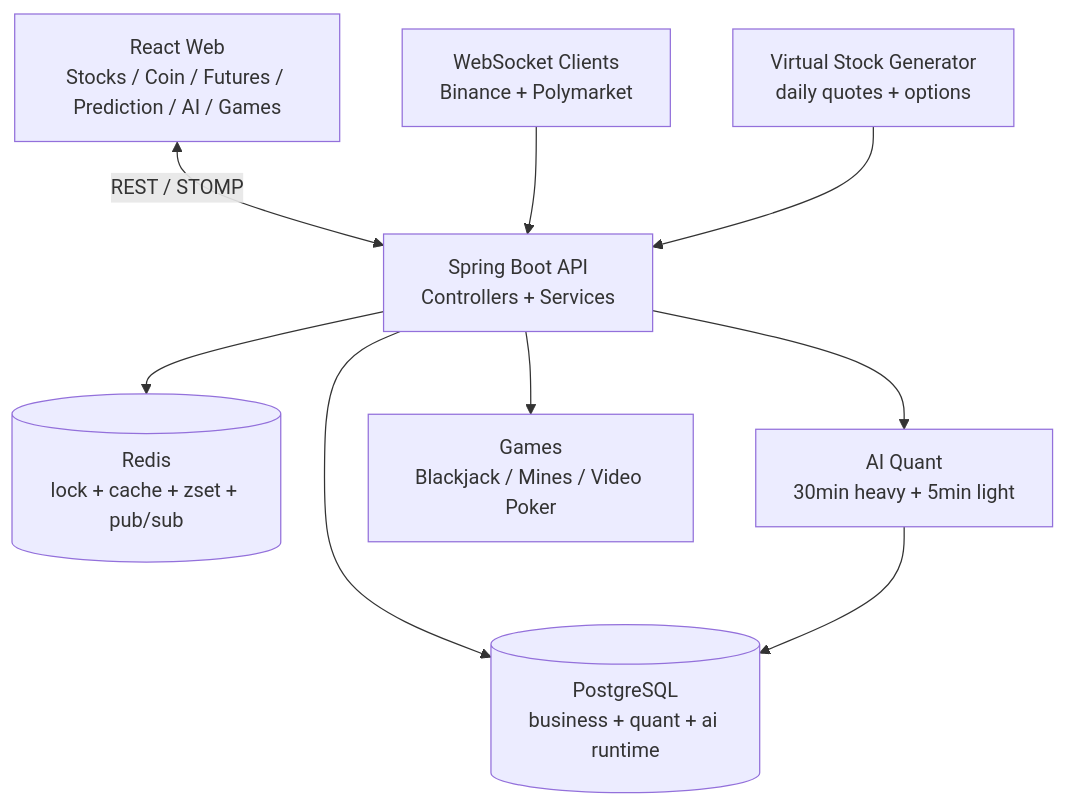
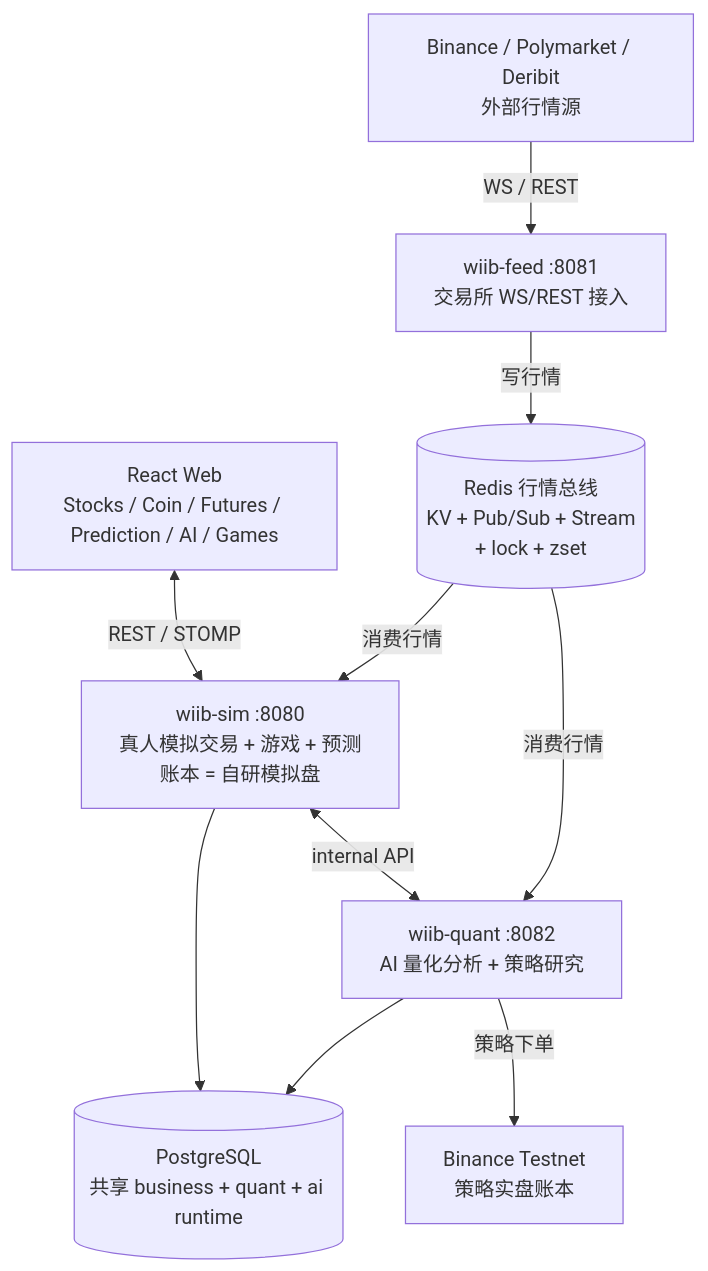
The first of 2 diagrams in README.md (mamawai/wtfibought), drawn with Mermaid before and after one commit. The commit also changed other lines of this file, not shown here.

````diff
--- a/README.md
+++ b/README.md
@@ -112,20 +112,21 @@
 ```mermaid
 flowchart TD
     UI["React Web<br/>Stocks / Coin / Futures / Prediction / AI / Games"]
-    API["Spring Boot API<br/>Controllers + Services"]
-    DB[("PostgreSQL<br/>business + quant + ai runtime")]
-    REDIS[("Redis<br/>lock + cache + zset + pub/sub")]
-    WS["WebSocket Clients<br/>Binance + Polymarket"]
-    GEN["Virtual Stock Generator<br/>daily quotes + options"]
-    QUANT["AI Quant<br/>30min heavy + 5min light"]
-    GAME["Games<br/>Blackjack / Mines / Video Poker"]
+    EXC["Binance / Polymarket / Deribit<br/>外部行情源"]
+    FEED["wiib-feed :8081<br/>交易所 WS/REST 接入"]
+    SIM["wiib-sim :8080<br/>真人模拟交易 + 游戏 + 预测<br/>账本 = 自研模拟盘"]
+    QUANT["wiib-quant :8082<br/>AI 量化分析 + 策略研究"]
+    DB[("PostgreSQL<br/>共享 business + quant + ai runtime")]
+    REDIS[("Redis 行情总线<br/>KV + Pub/Sub + Stream<br/>+ lock + zset")]
+    TESTNET["Binance Testnet<br/>策略实盘账本"]
 
-    UI <-->|REST / STOMP| API
-    API --> DB
-    API --> REDIS
-    WS --> API
-    GEN --> API
-    API --> QUANT
+    EXC -->|WS / REST| FEED
+    FEED -->|写行情| REDIS
+    UI <-->|REST / STOMP| SIM
+    REDIS -->|消费行情| SIM
+    REDIS -->|消费行情| QUANT
+    SIM --> DB
     QUANT --> DB
-    API --> GAME
+    SIM <-->|internal API| QUANT
+    QUANT -->|策略下单| TESTNET
 ```
````
